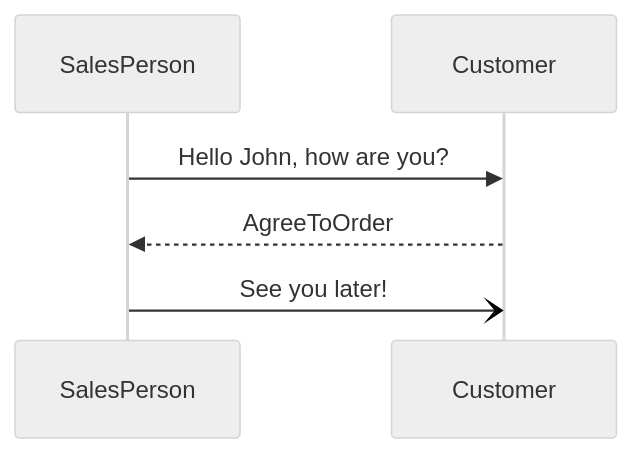
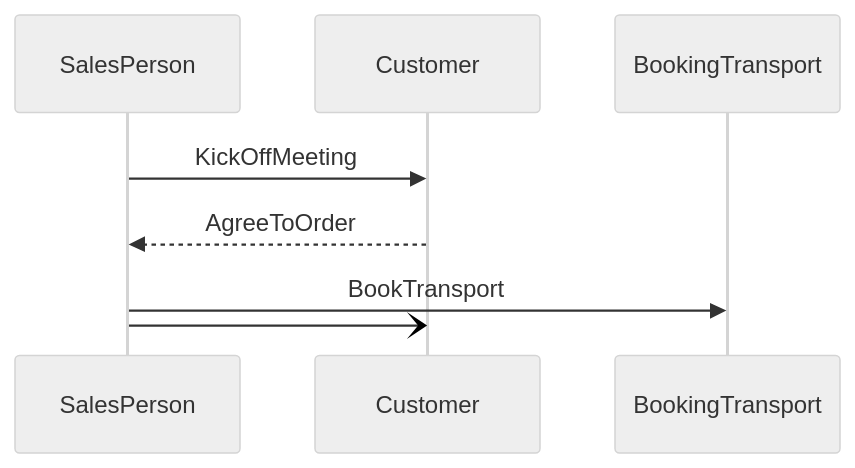
Before and after one commit to qmarsun/workflow: the first of 3 diagrams in docs/Readme.md, drawn with Mermaid (neutral theme).

````diff
--- a/docs/Readme.md
+++ b/docs/Readme.md
@@ -6,6 +6,7 @@
 ```mermaid
 sequenceDiagram
-    SalesPerson->>Customer: Hello John, how are you?
+    SalesPerson->>Customer: KickOffMeeting
     Customer-->>SalesPerson: AgreeToOrder
-    SalesPerson-)Customer: See you later!
+    SalesPerson->>BookingTransport: BookTransport
+    SalesPerson-)Customer: 
  ```   
````
